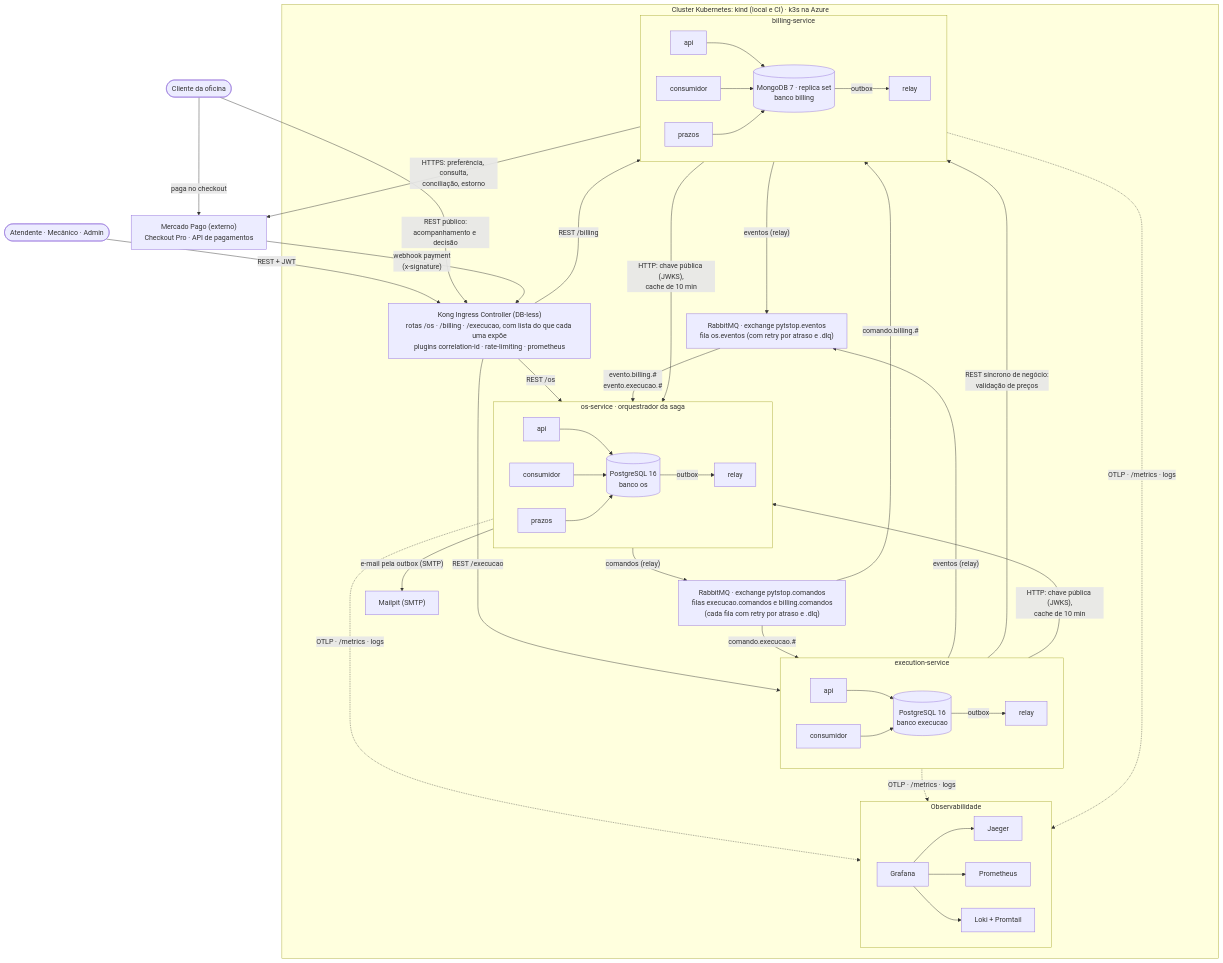
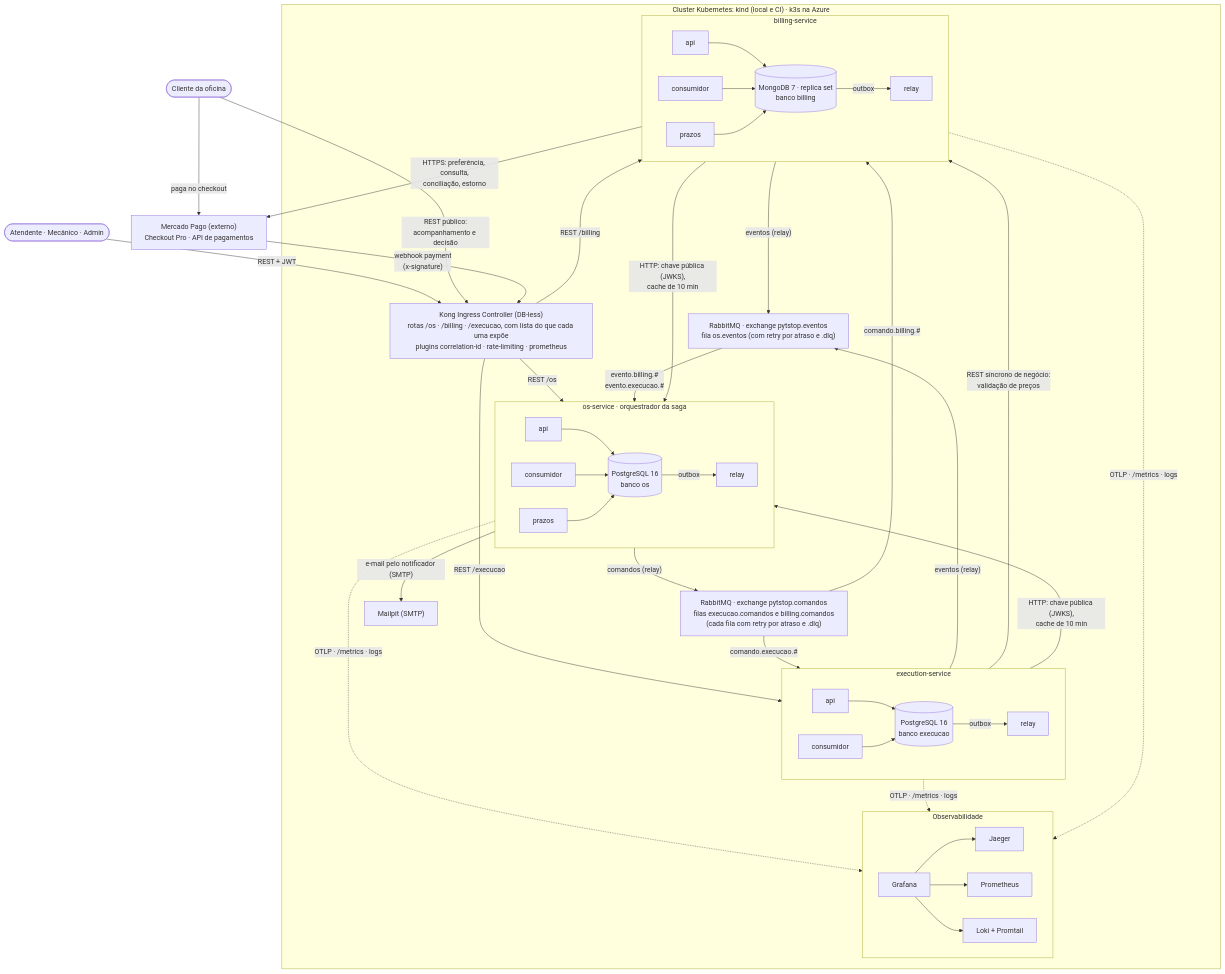
The first of 13 diagrams in docs/arquitetura/rfc/fase4/rfc-004-microsservicos-saga.md (fiap-postech-sw-architecture/postech-sw-arch-p4-platform), drawn with Mermaid before and after one commit. The commit also changed other lines of this file and 42 other files, not shown here.

````diff
--- a/docs/arquitetura/rfc/fase4/rfc-004-microsservicos-saga.md
+++ b/docs/arquitetura/rfc/fase4/rfc-004-microsservicos-saga.md
@@ -94,70 +94,70 @@
 ```mermaid
 ---
 config:
   flowchart:
     wrappingWidth: 400
 ---
 flowchart TB
     interno(["Atendente · Mecânico · Admin"])
     cliente(["Cliente da oficina"])
 
     subgraph k8s["Cluster Kubernetes: kind (local e CI) · k3s na Azure"]
         kong["Kong Ingress Controller (DB-less)<br/>rotas /os · /billing · /execucao, com lista do que cada uma expõe<br/>plugins correlation-id · rate-limiting · prometheus"]
 
         subgraph os["os-service · orquestrador da saga"]
             direction LR
             os_api["api"] --> os_db
             os_cons["consumidor"] --> os_db
             os_prazos["prazos"] --> os_db
             os_db[("PostgreSQL 16<br/>banco os")] -->|"outbox"| os_relay["relay"]
         end
 
         cmd["RabbitMQ · exchange pytstop.comandos<br/>filas execucao.comandos e billing.comandos<br/>(cada fila com retry por atraso e .dlq)"]
 
         subgraph exe["execution-service"]
             direction LR
             exe_api["api"] --> exe_db
             exe_cons["consumidor"] --> exe_db
             exe_db[("PostgreSQL 16<br/>banco execucao")] -->|"outbox"| exe_relay["relay"]
         end
 
         subgraph bil["billing-service"]
             direction LR
             bil_api["api"] --> bil_db
             bil_cons["consumidor"] --> bil_db
             bil_prazos["prazos"] --> bil_db
             bil_db[("MongoDB 7 · replica set<br/>banco billing")] -->|"outbox"| bil_relay["relay"]
         end
 
         evt["RabbitMQ · exchange pytstop.eventos<br/>fila os.eventos (com retry por atraso e .dlq)"]
         mailpit["Mailpit (SMTP)"]
 
         subgraph obs["Observabilidade"]
             direction LR
             grafana["Grafana"] --> jaeger["Jaeger"]
             grafana --> prom["Prometheus"]
             grafana --> loki["Loki + Promtail"]
         end
     end
 
     mp["Mercado Pago (externo)<br/>Checkout Pro · API de pagamentos"]
 
     interno -->|"REST + JWT"| kong
     cliente -->|"REST público:<br/>acompanhamento e decisão"| kong
     kong -->|"REST /os"| os
     kong -->|"REST /execucao"| exe
     kong -->|"REST /billing"| bil
     os -->|"comandos (relay)"| cmd
     cmd -->|"comando.execucao.#"| exe
     cmd -->|"comando.billing.#"| bil
     exe -->|"eventos (relay)"| evt
     bil -->|"eventos (relay)"| evt
     evt -->|"evento.billing.#<br/>evento.execucao.#"| os
     exe -->|"REST síncrono de negócio:<br/>validação de preços"| bil
     exe & bil -->|"HTTP: chave pública (JWKS),<br/>cache de 10 min"| os
     bil -->|"HTTPS: preferência, consulta,<br/>conciliação, estorno"| mp
     mp -->|"webhook payment<br/>(x-signature)"| kong
     cliente -->|"paga no checkout"| mp
-    os -->|"e-mail pela outbox (SMTP)"| mailpit
+    os -->|"e-mail pelo notificador (SMTP)"| mailpit
     os & exe & bil -.->|"OTLP · /metrics · logs"| obs
 ```
````
